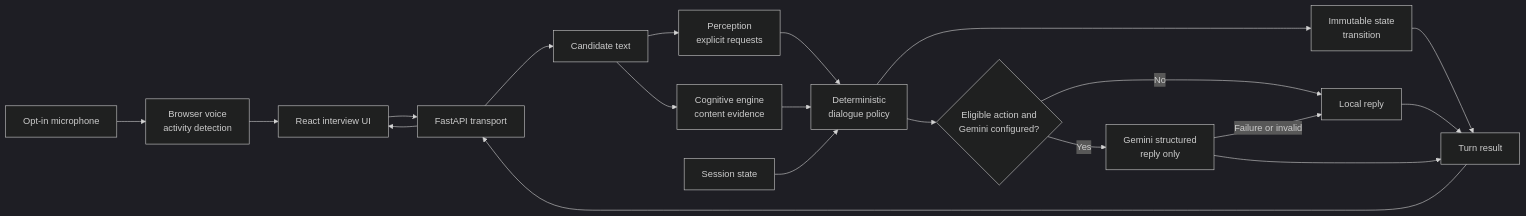
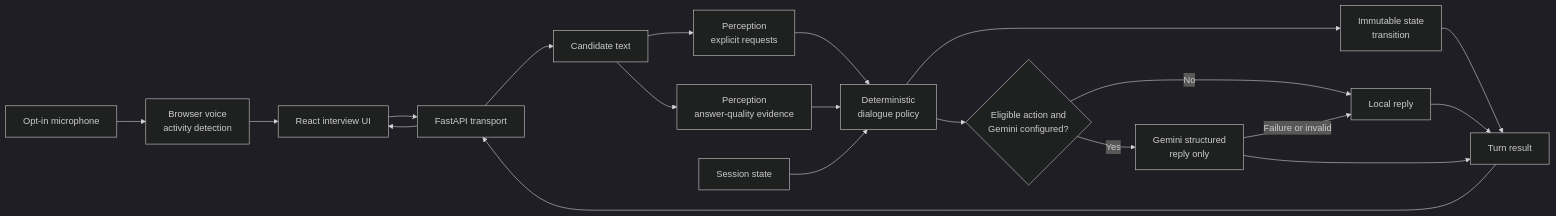
The diagram in README.md (koalaruu/multimodal-reasoning-companion), drawn with Mermaid (dark theme) before and after one commit. The commit also changed other lines of this file and 14 other files, not shown here.

First line of the commit message:
feat(interview): evaluate answer quality (#7)

````diff
--- a/README.md
+++ b/README.md
@@ -15,22 +15,22 @@
 ```mermaid
 flowchart LR
     M[Opt-in microphone] --> N[Browser voice<br/>activity detection]
     N --> L
     L[React interview UI] --> K[FastAPI transport]
     K --> A[Candidate text]
     A --> B[Perception<br/>explicit requests]
-    A --> C[Cognitive engine<br/>content evidence]
+    A --> C[Perception<br/>answer-quality evidence]
     B --> D[Deterministic<br/>dialogue policy]
     C --> D
     E[Session state] --> D
     D --> F[Immutable state<br/>transition]
     D --> G{Eligible action and<br/>Gemini configured?}
     G -->|No| H[Local reply]
     G -->|Yes| I[Gemini structured<br/>reply only]
     I -->|Failure or invalid| H
     F --> J[Turn result]
     H --> J
     I --> J
     J --> K
     K --> L
 ```
````
